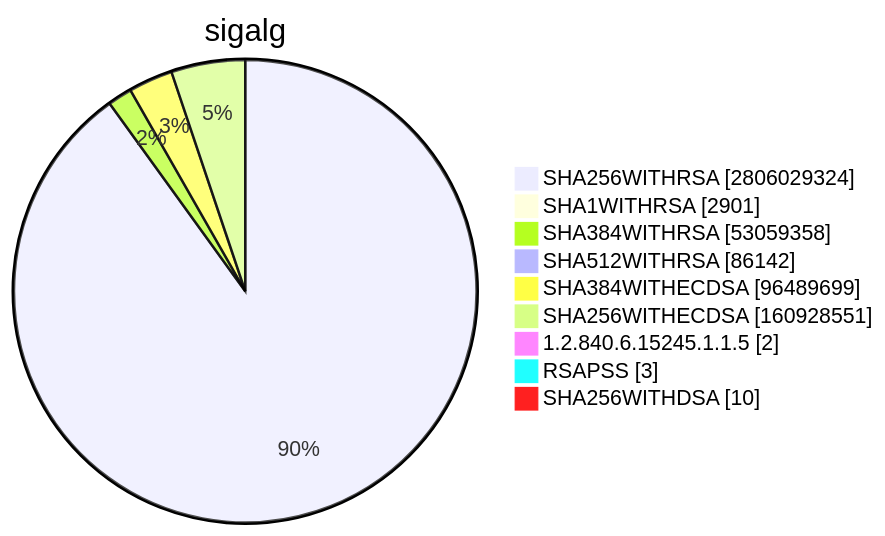
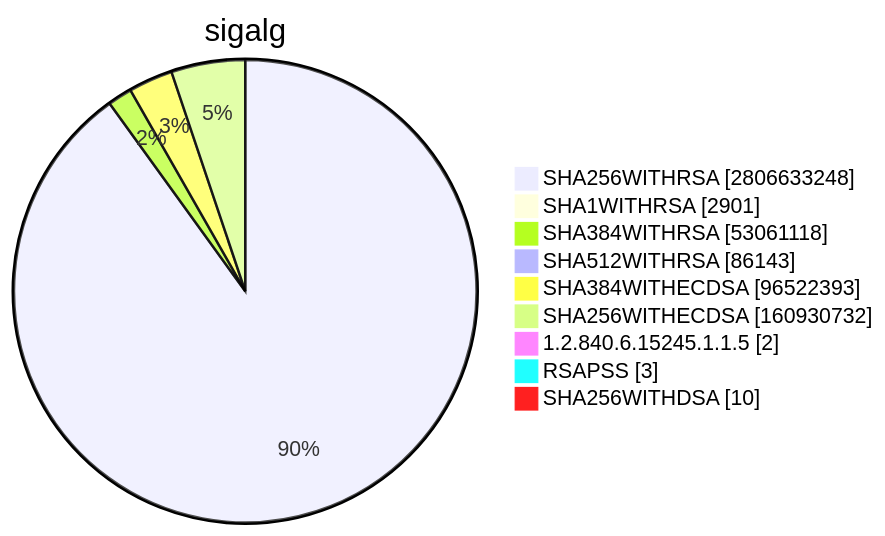
Diagram 15 of 15 in TOTAL/README.md (christiankrug/ctmonitor_visualization), drawn with Mermaid before and after one commit. The commit also changed other lines of this file, not shown here.

````diff
--- a/TOTAL/README.md
+++ b/TOTAL/README.md
@@ -6207,13 +6207,13 @@
 ```mermaid
 pie showData
 title sigalg
-"SHA256WITHRSA" :2806029324
+"SHA256WITHRSA" :2806633248
 "SHA1WITHRSA" :2901
-"SHA384WITHRSA" :53059358
-"SHA512WITHRSA" :86142
-"SHA384WITHECDSA" :96489699
-"SHA256WITHECDSA" :160928551
+"SHA384WITHRSA" :53061118
+"SHA512WITHRSA" :86143
+"SHA384WITHECDSA" :96522393
+"SHA256WITHECDSA" :160930732
 "1.2.840.6.15245.1.1.5" :2
 "RSAPSS" :3
 "SHA256WITHDSA" :10
 ```
````
